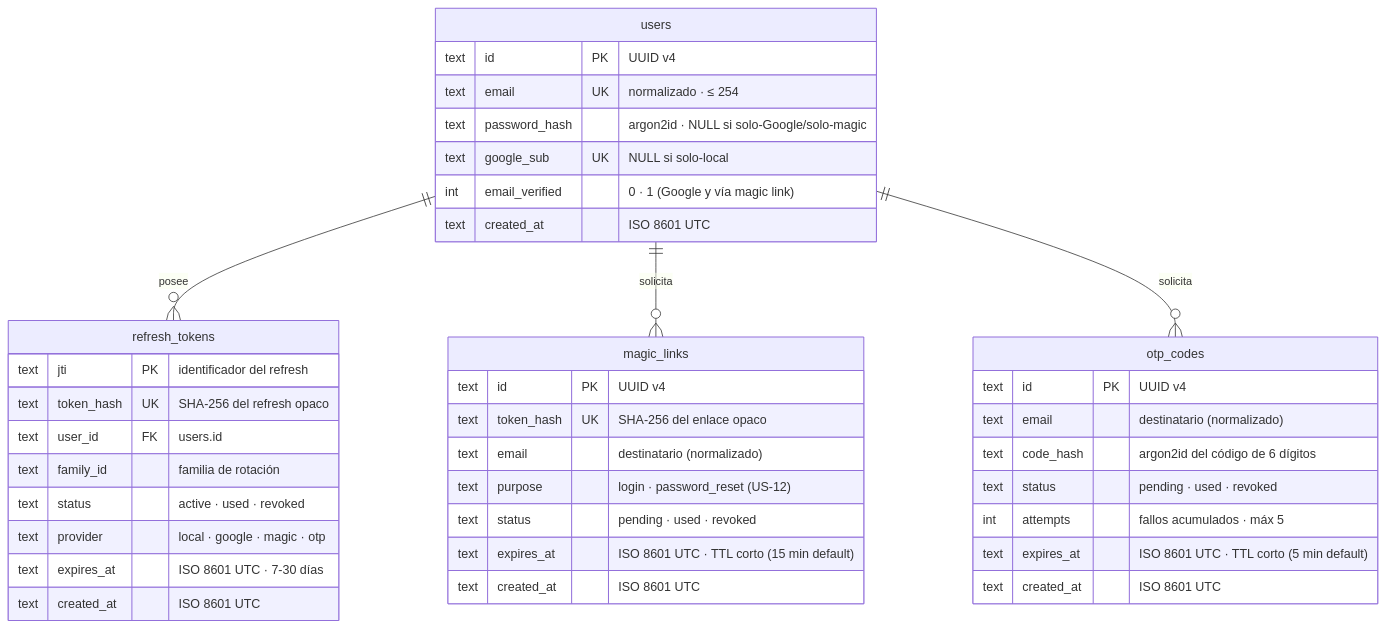
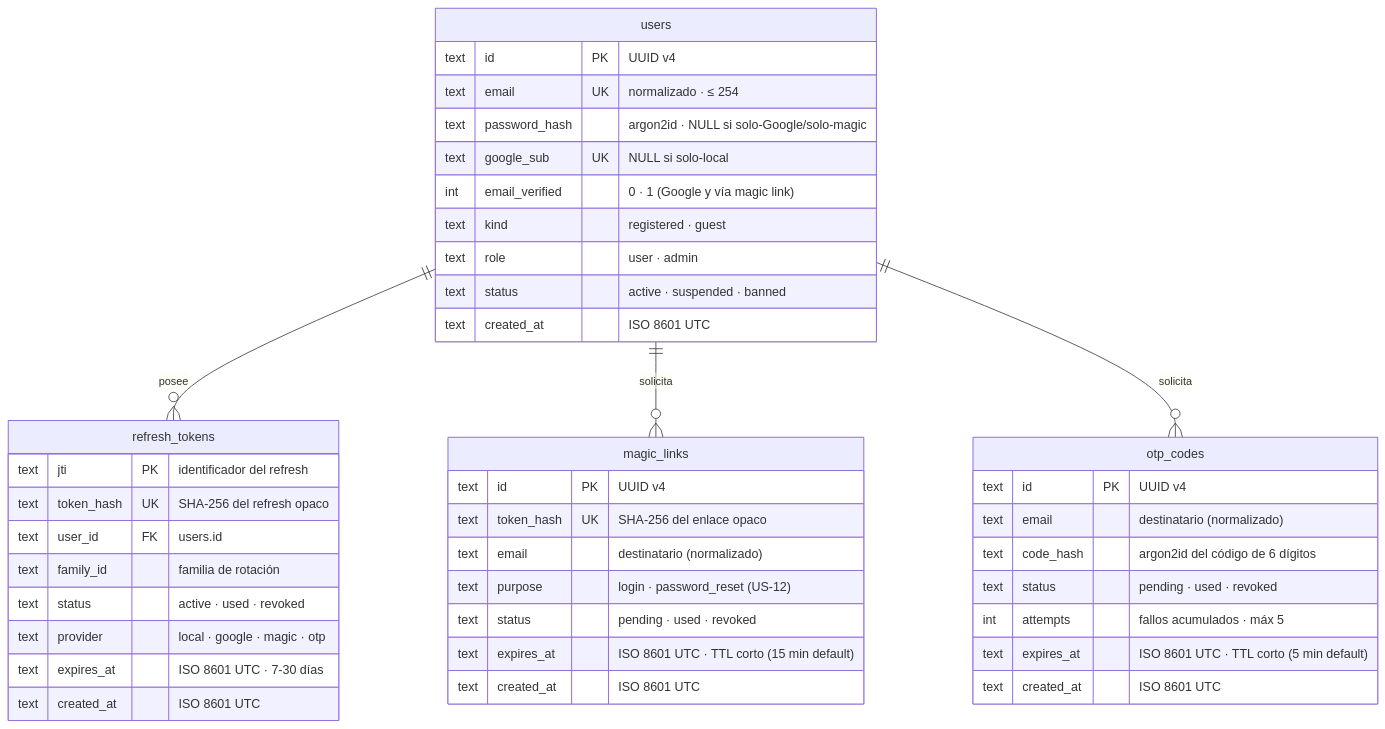
Before and after one commit to dpa70-dev/auth-api: the diagram in docs/04-modelo-de-datos.md, drawn with Mermaid. The commit also changed other lines of this file and 2 other files, not shown here.

Commit message:
docs(modelo,qa,glosario): users.status en doc 04 (§3 users.status + decisión 13) + sección §19 feat/user-moderation-status en doc 05 con conteo 199/199 + UserStatus en glosario doc 07

````diff
--- a/docs/04-modelo-de-datos.md
+++ b/docs/04-modelo-de-datos.md
@@ -11,46 +11,49 @@
 ```mermaid
 erDiagram
     users ||--o{ refresh_tokens : "posee"
     users ||--o{ magic_links : "solicita"
     users ||--o{ otp_codes : "solicita"
 
     users {
         text id PK "UUID v4"
         text email UK "normalizado · ≤ 254"
         text password_hash "argon2id · NULL si solo-Google/solo-magic"
         text google_sub UK "NULL si solo-local"
         int email_verified "0 · 1 (Google y vía magic link)"
+        text kind "registered · guest"
+        text role "user · admin"
+        text status "active · suspended · banned"
         text created_at "ISO 8601 UTC"
     }
 
     refresh_tokens {
         text jti PK "identificador del refresh"
         text token_hash UK "SHA-256 del refresh opaco"
         text user_id FK "users.id"
         text family_id "familia de rotación"
         text status "active · used · revoked"
         text provider "local · google · magic · otp"
         text expires_at "ISO 8601 UTC · 7-30 días"
         text created_at "ISO 8601 UTC"
     }
 
     magic_links {
         text id PK "UUID v4"
         text token_hash UK "SHA-256 del enlace opaco"
         text email "destinatario (normalizado)"
         text purpose "login · password_reset (US-12)"
         text status "pending · used · revoked"
         text expires_at "ISO 8601 UTC · TTL corto (15 min default)"
         text created_at "ISO 8601 UTC"
     }
 
     otp_codes {
         text id PK "UUID v4"
         text email "destinatario (normalizado)"
         text code_hash "argon2id del código de 6 dígitos"
         text status "pending · used · revoked"
         int attempts "fallos acumulados · máx 5"
         text expires_at "ISO 8601 UTC · TTL corto (5 min default)"
         text created_at "ISO 8601 UTC"
     }
 ```
````
